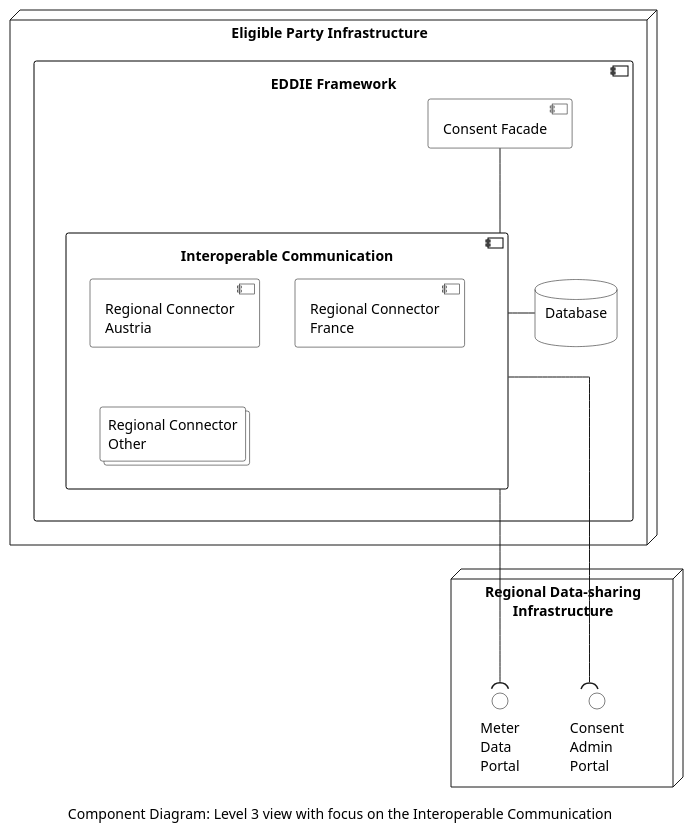
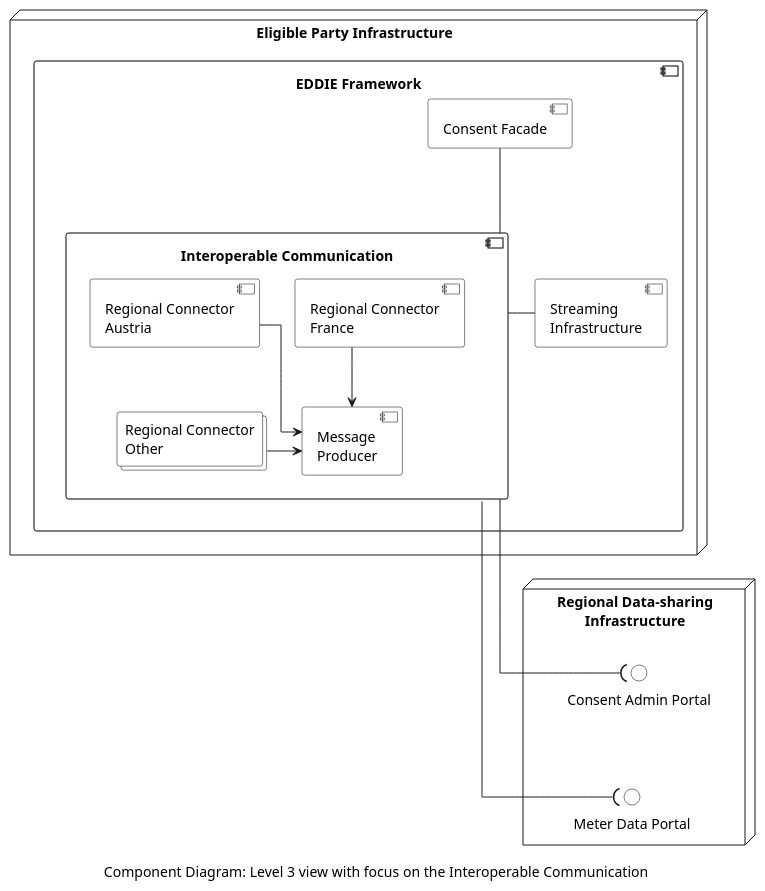
Before and after one commit to eddie-energy/architecture: the diagram in arc42/05-building-block-view/figures/component-diagram-level-3-inter-comm.puml, drawn with PlantUML. The commit also changed 6 other files, not shown here.

```diff
--- a/arc42/05-building-block-view/figures/component-diagram-level-3-inter-comm.puml
+++ b/arc42/05-building-block-view/figures/component-diagram-level-3-inter-comm.puml
@@ -1,52 +1,63 @@
 @startuml component-diagram-level-3-inter-comm
 'component diagram
 caption Component Diagram: Level 3 view with focus on the Interoperable Communication
 
 skinparam linetype ortho
 skinparam interface {
   backgroundColor transparent
   borderColor black
 }
 skinparam component{
   BorderColor black
   BackgroundColor transparent
 }
 skinparam collections{
   BorderColor black
   BackgroundColor white
 }
 skinparam database{
   BorderColor black
   BackgroundColor transparent
 }
 skinparam rectangle{
   BorderColor transparent
   BackgroundColor transparent
   FontColor transparent
 }
 
 node "Eligible Party Infrastructure"  as epInfra{
   component "EDDIE Framework" as eddie {
   component "Consent Facade" as consentFacade
   component "Interoperable Communication" as comm {
     component "Regional Connector\nAustria" as regConAu
     component "Regional Connector\nFrance" as regConFr
     collections "Regional Connector\nOther" as regConOt
+    component "Message\nProducer" as messageProducer
+    
+    regConFr -down-> messageProducer
+    regConAu -down-> messageProducer
+    regConOt -right-> messageProducer
+
+    regConAu -[hidden]right- regConFr
   }
-  database "Database\n" as database
+    component "Streaming\nInfrastructure" as database
   
   consentFacade --down- comm
   comm -right- database
   }  
 }
 node "Regional Data-sharing\nInfrastructure" as energyProvider {
-  interface "Meter\nData\nPortal" as dataPortal
-  interface "Consent\nAdmin\nPortal" as adminPortal
+  interface "Meter Data Portal" as dataPortal
+  interface "Consent Admin Portal" as adminPortal
+
+  adminPortal -[hidden]down- dataPortal 
 }
 
-comm --down-( dataPortal
+comm -down-( dataPortal
 comm --down-( adminPortal
 
 
 
+
+
 @enduml
```
